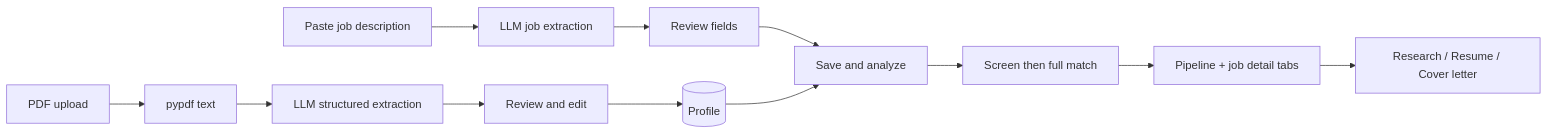
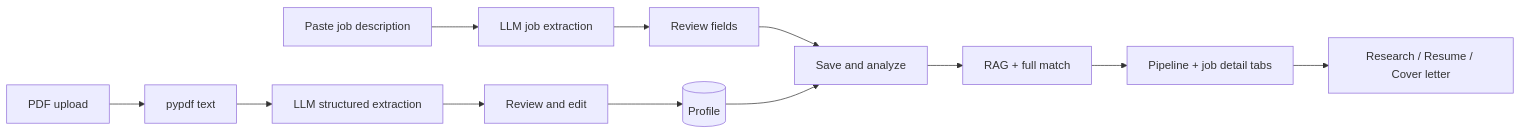
One commit to Englishpersonfaeroeislands211/ai-career-os changed the diagram in README.md. Above: the diagram before and after it, drawn with Mermaid. The commit also changed other lines of this file and 7 other files, not shown here.

````diff
--- a/README.md
+++ b/README.md
@@ -69,14 +70,14 @@
 ```mermaid
 flowchart LR
     A[PDF upload] --> B[pypdf text]
     B --> C[LLM structured extraction]
     C --> D[Review and edit]
     D --> E[(Profile)]
     F[Paste job description] --> G[LLM job extraction]
     G --> H[Review fields]
     H --> I[Save and analyze]
     E --> I
-    I --> J[Screen then full match]
+    I --> J[RAG + full match]
     J --> K[Pipeline + job detail tabs]
     K --> L[Research / Resume / Cover letter]
 ```
````
